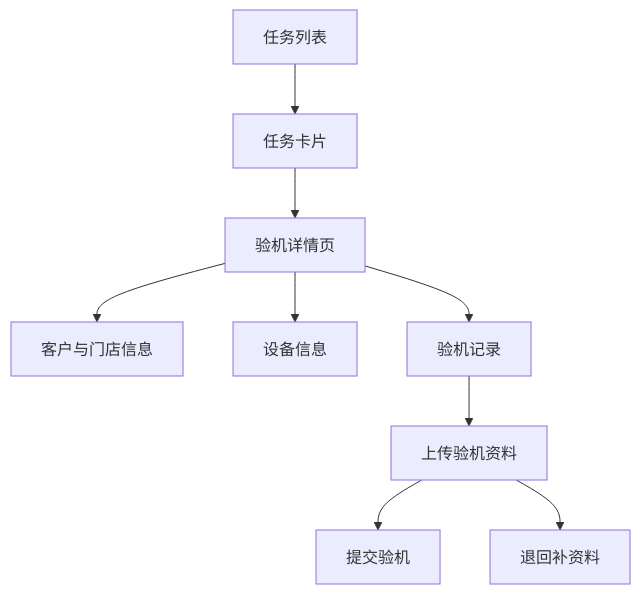
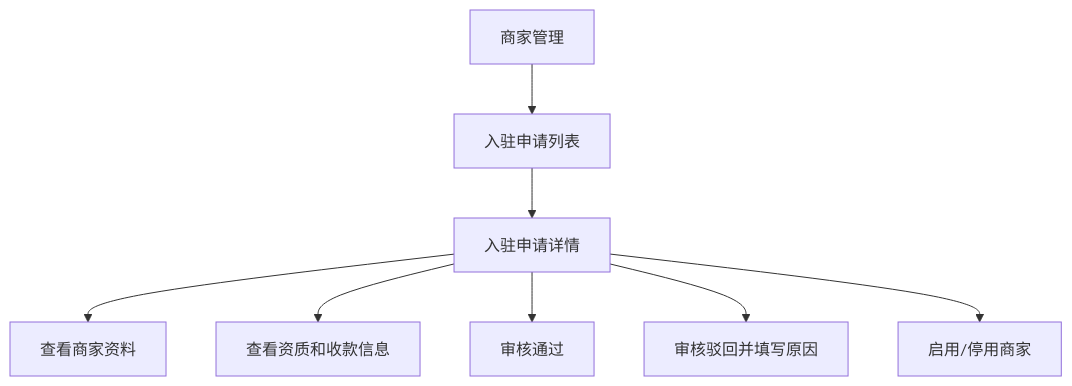
The second of 4 diagrams in docs/superpowers/specs/2026-06-08-h5-business-ux-redesign-design.md (CharlesLieu/p2boyuan-v01), drawn with Mermaid before and after one commit. The commit also changed other lines of this file and 1 other file, not shown here.

````diff
--- a/docs/superpowers/specs/2026-06-08-h5-business-ux-redesign-design.md
+++ b/docs/superpowers/specs/2026-06-08-h5-business-ux-redesign-design.md
@@ -93,11 +113,10 @@
 ```mermaid
 flowchart TD
-  A["任务列表"] --> B["任务卡片"]
-  B --> C["验机详情页"]
-  C --> D["客户与门店信息"]
-  C --> E["设备信息"]
-  C --> F["验机记录"]
-  F --> G["上传验机资料"]
-  G --> H["提交验机"]
-  G --> I["退回补资料"]
+  A["商家管理"] --> B["入驻申请列表"]
+  B --> C["入驻申请详情"]
+  C --> D["查看商家资料"]
+  C --> E["查看资质和收款信息"]
+  C --> F["审核通过"]
+  C --> G["审核驳回并填写原因"]
+  C --> H["启用/停用商家"]
 ```
````
